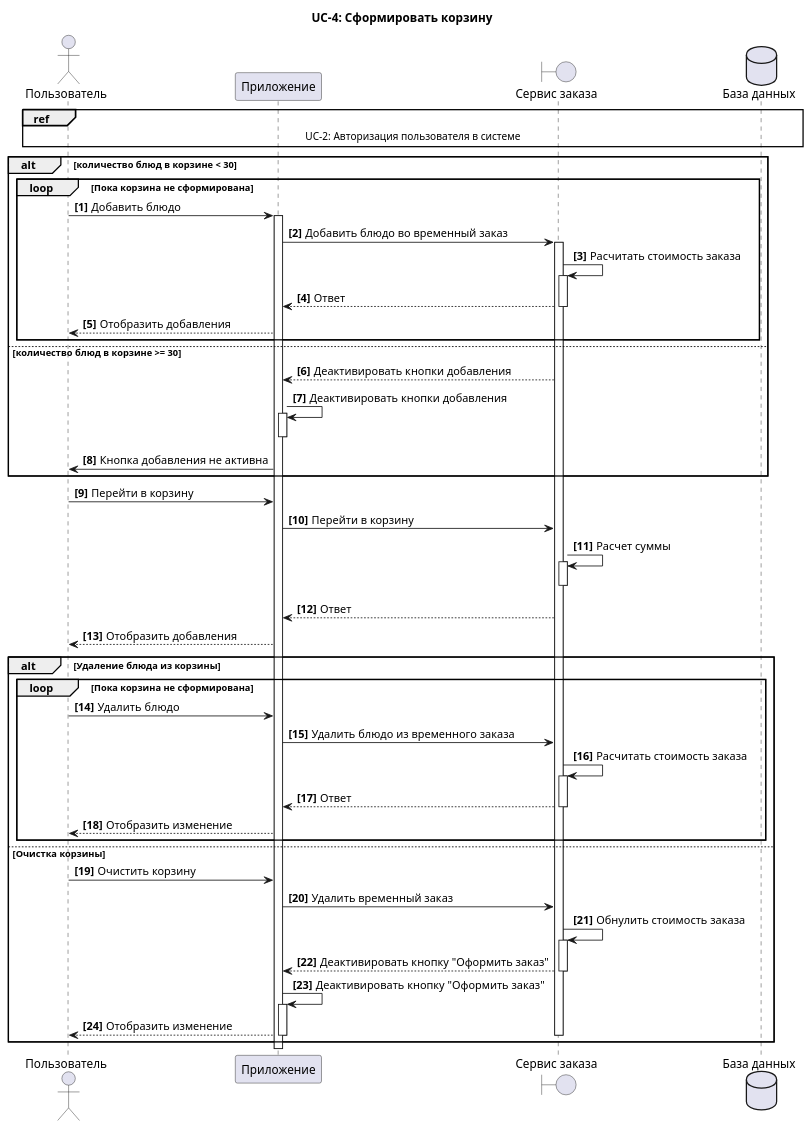
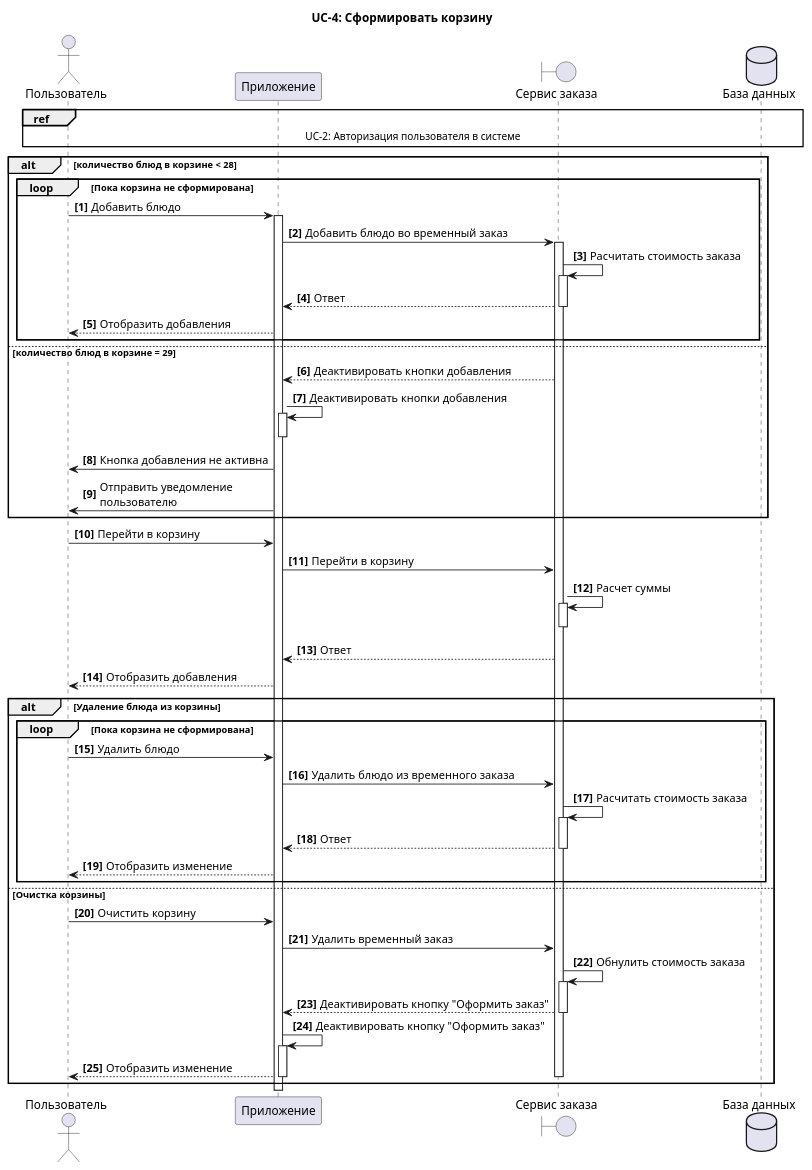
Before and after one commit to Mimitrii/RoboPoint: the diagram in 5_UML/UC_4_CreateBasket.wsd, drawn with PlantUML. The commit also changed 3 other files, not shown here.

```diff
--- a/5_UML/UC_4_CreateBasket.wsd
+++ b/5_UML/UC_4_CreateBasket.wsd
@@ -1,53 +1,54 @@
 @startuml
 title UC-4: Сформировать корзину
 actor "Пользователь" as U 
 participant  "Приложение" as A 
 boundary "Сервис заказа" as S
 dataBase "База данных" as DB 
 autonumber "<b>[0]"  
 
 ref over U,A,S,DB
 UC-2: Авторизация пользователя в системе
 end ref
 
-alt количество блюд в корзине < 30
+alt количество блюд в корзине < 28
 loop Пока корзина не сформирована 
 U->A++: Добавить блюдо 
 A->S++: Добавить блюдо во временный заказ
 S->S++: Расчитать стоимость заказа
 S-->A--:Ответ
 A-->U: Отобразить добавления
 end
-else количество блюд в корзине >= 30
+else количество блюд в корзине = 29
 S-->A:Деактивировать кнопки добавления
 A->A++: Деактивировать кнопки добавления
 A--
 A->U: Кнопка добавления не активна
+A->U: Отправить уведомление \nпользователю
 end
 
 U->A: Перейти в корзину 
 A->S: Перейти в корзину
 S->S++: Расчет суммы 
 S--
 S-->A:Ответ
 A-->U: Отобразить добавления
 alt Удаление блюда из корзины
 loop Пока корзина не сформирована 
 U->A: Удалить блюдо 
 A->S: Удалить блюдо из временного заказа
 S->S++: Расчитать стоимость заказа
 S-->A--:Ответ
 A-->U: Отобразить изменение
 end
 else  Очистка корзины
 U->A: Очистить корзину 
 A->S: Удалить временный заказ
 S->S++: Обнулить стоимость заказа
 S-->A--: Деактивировать кнопку "Оформить заказ"
 A->A++: Деактивировать кнопку "Оформить заказ"
 A-->U: Отобразить изменение
 A--
 S--
 end
 
 @enduml
```
